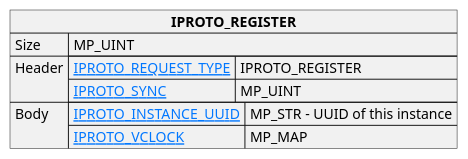
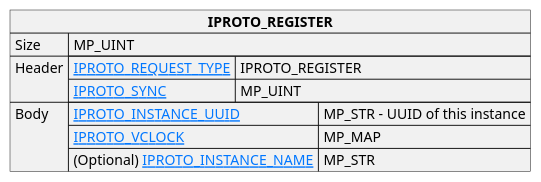
The diagram in doc/reference/internals/iproto/images/repl_register.puml (tarantool/doc), drawn with PlantUML before and after one commit. The commit also changed 10 other files, not shown here.

```diff
--- a/doc/reference/internals/iproto/images/repl_register.puml
+++ b/doc/reference/internals/iproto/images/repl_register.puml
@@ -1,22 +1,23 @@
 @startuml
 
 skinparam {
     HyperlinkColor #0077FF
     FontColor #313131
     BorderColor #313131
     BackgroundColor transparent
 }
 
 json "**IPROTO_REGISTER**" as register_request {
     "Size": "MP_UINT",
     "Header": {
       "[[https://tarantool.io/en/doc/latest/reference/internals/iproto/keys IPROTO_REQUEST_TYPE]]": "IPROTO_REGISTER",
       "[[https://tarantool.io/en/doc/latest/reference/internals/iproto/keys IPROTO_SYNC]]": "MP_UINT"
     },
     "Body": {
       "[[https://tarantool.io/en/doc/latest/reference/internals/iproto/keys IPROTO_INSTANCE_UUID]]": "MP_STR – UUID of this instance",
-      "[[https://tarantool.io/en/doc/latest/reference/internals/iproto/keys IPROTO_VCLOCK]]": "MP_MAP"
+      "[[https://tarantool.io/en/doc/latest/reference/internals/iproto/keys IPROTO_VCLOCK]]": "MP_MAP",
+      "(Optional) [[https://tarantool.io/en/doc/latest/reference/internals/iproto/keys IPROTO_INSTANCE_NAME]]": "MP_STR"
     }
 }
 
 @enduml
```
